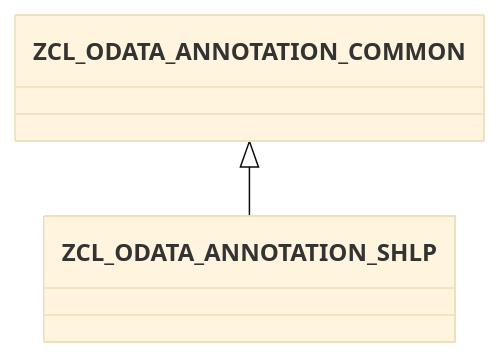
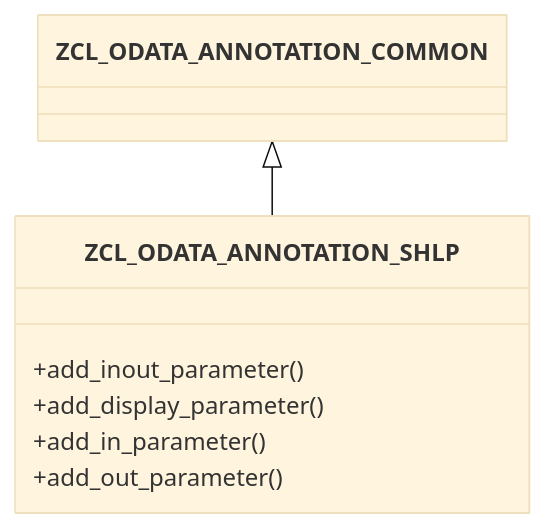
Before and after one commit to miggi92/odata-fw: the diagram in docs/documentation/classes/annotations/index.md, drawn with Mermaid (base theme).

Commit message:
added methods to diagram

````diff
--- a/docs/documentation/classes/annotations/index.md
+++ b/docs/documentation/classes/annotations/index.md
@@ -14,13 +14,16 @@
 ```mermaid
 classDiagram
 
 	ZCL_ODATA_ANNOTATION_COMMON <|-- ZCL_ODATA_ANNOTATION_SHLP
 
 	class ZCL_ODATA_ANNOTATION_COMMON{
 	}
 
 	class ZCL_ODATA_ANNOTATION_SHLP{
-	
+		+add_inout_parameter()
+		+add_display_parameter()
+		+add_in_parameter()
+		+add_out_parameter()
 	}
 
 ```
````
